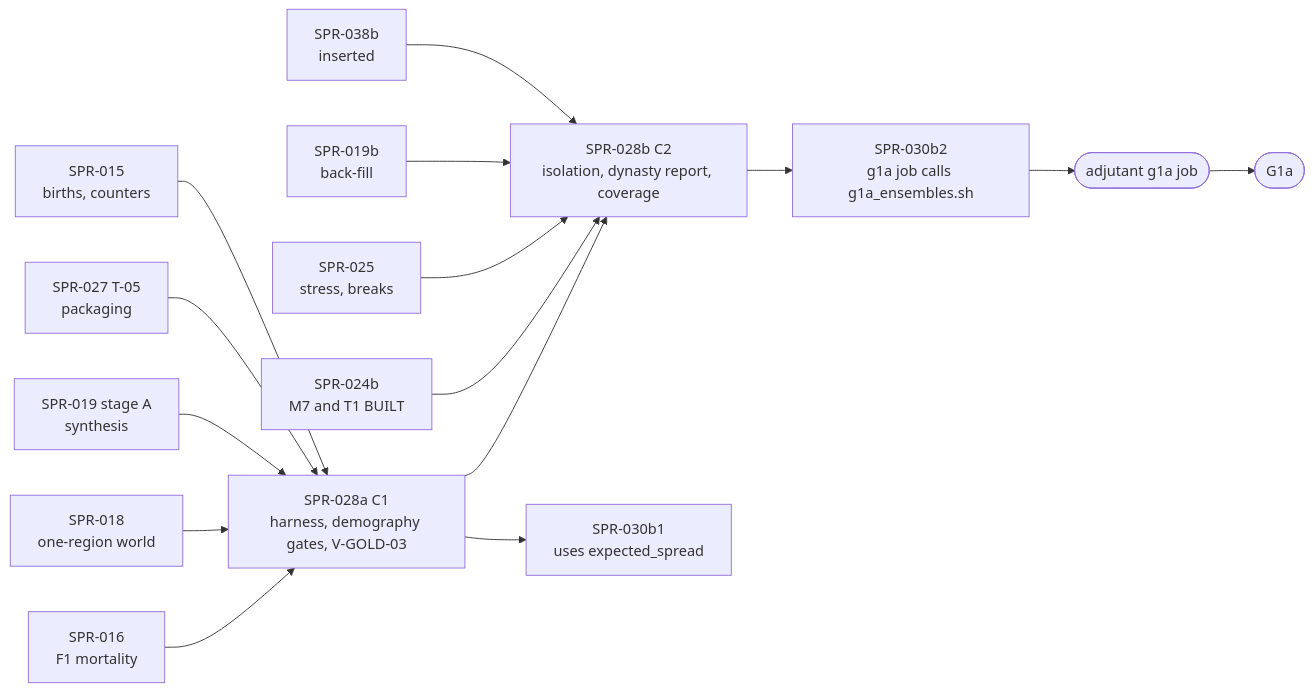
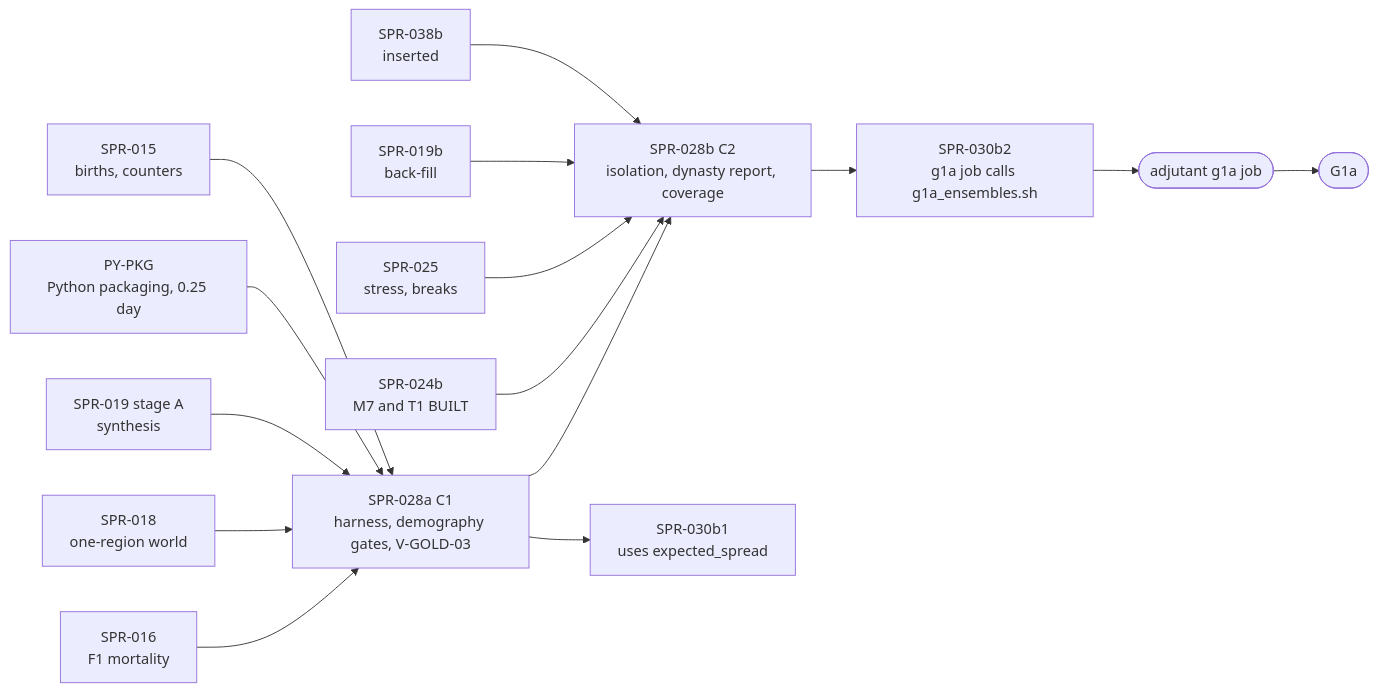
Before and after one commit to BigRigVibeCoder/Rehoboam: the diagram in CODEX/05_PROJECT/SPR-028_ValidationHarness.md, drawn with Mermaid. The commit also changed other lines of this file and 2 other files, not shown here.

````diff
--- a/CODEX/05_PROJECT/SPR-028_ValidationHarness.md
+++ b/CODEX/05_PROJECT/SPR-028_ValidationHarness.md
@@ -236,17 +248,17 @@
 ```mermaid
 flowchart LR
   S016[SPR-016<br/>F1 mortality] --> S028a[SPR-028a C1<br/>harness, demography gates, V-GOLD-03]
   S018[SPR-018<br/>one-region world] --> S028a
   S019[SPR-019 stage A<br/>synthesis] --> S028a
-  S027[SPR-027 T-05<br/>packaging] --> S028a
+  PYPKG[PY-PKG<br/>Python packaging, 0.25 day] --> S028a
   S015[SPR-015<br/>births, counters] --> S028a
   S028a --> S028b[SPR-028b C2<br/>isolation, dynasty report, coverage]
   S024b[SPR-024b<br/>M7 and T1 BUILT] --> S028b
   S025[SPR-025<br/>stress, breaks] --> S028b
   S019b[SPR-019b<br/>back-fill] --> S028b
   S038b[SPR-038b<br/>inserted] --> S028b
   S028a --> S030b1[SPR-030b1<br/>uses expected_spread]
   S028b --> S030b2[SPR-030b2<br/>g1a job calls g1a_ensembles.sh]
   S030b2 --> ADJ([adjutant g1a job])
   ADJ --> G1a([G1a])
 ```
````
